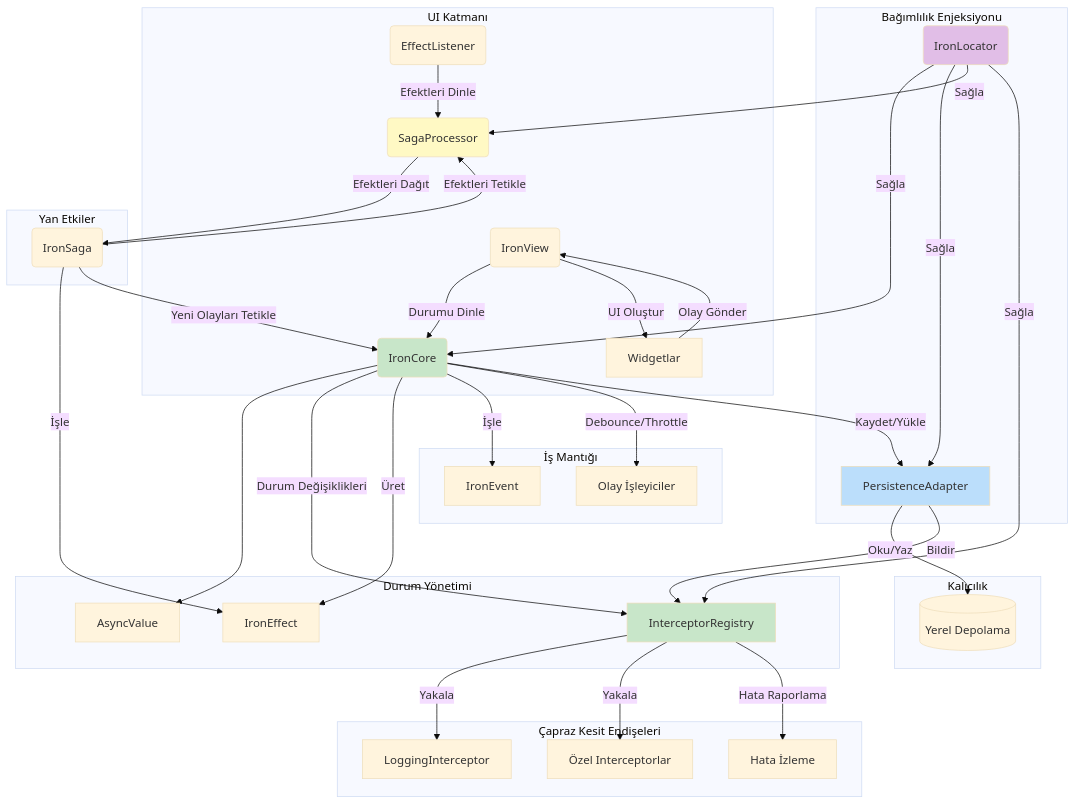
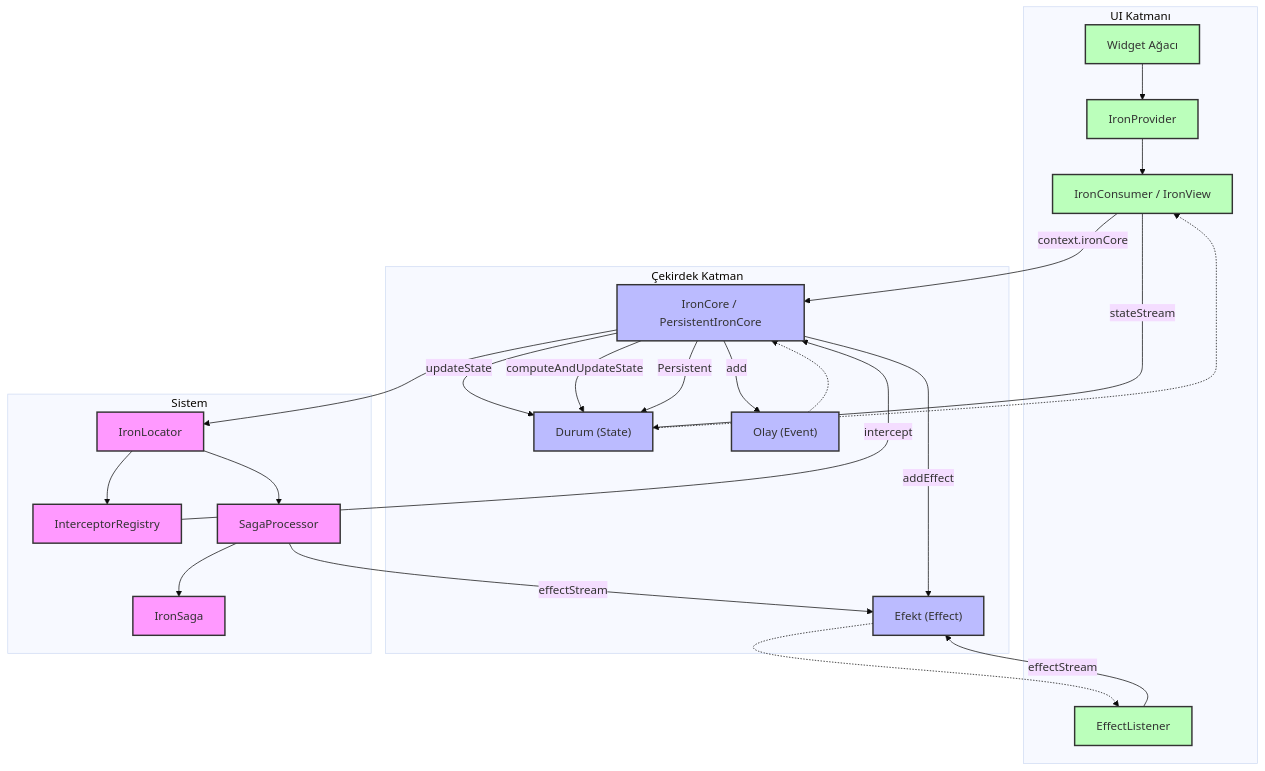
One commit to endmr11/system_design changed the diagram in mobile/iron-architecture.md. Above: the diagram before and after it, drawn with Mermaid (base theme). The commit also changed other lines of this file and 1 other file, not shown here.

Commit message:
Add architecture diagrams to Iron documentation (EN/TR)

````diff
--- a/mobile/iron-architecture.md
+++ b/mobile/iron-architecture.md
@@ -332,59 +205,58 @@
 ```mermaid
-flowchart TD
- subgraph subGraph0["UI Katmanı"]
-        B("IronView")
-        A["Widgetlar"]
-        H("IronCore")
-        J("SagaProcessor")
-        I("EffectListener")
+graph TD
+  subgraph UI["UI Katmanı"]
+    A["Widget Ağacı"]
+    B["IronProvider"]
+    C["IronConsumer / IronView"]
+    D["EffectListener"]
   end
- subgraph subGraph1["Durum Yönetimi"]
-        C["AsyncValue"]
-        D["InterceptorRegistry"]
-        E["IronEffect"]
+
+  subgraph Çekirdek["Çekirdek Katman"]
+    E["IronCore / PersistentIronCore"]
+    F["Durum (State)"]
+    G["Olay (Event)"]
+    H["Efekt (Effect)"]
   end
- subgraph subGraph2["İş Mantığı"]
-        F["IronEvent"]
-        G["Olay İşleyiciler"]
+
+  subgraph Sistem["Sistem"]
+    I["IronLocator"]
+    J["InterceptorRegistry"]
+    K["SagaProcessor"]
+    L["IronSaga"]
   end
- subgraph subGraph3["Bağımlılık Enjeksiyonu"]
-        K("IronLocator")
-        L["PersistenceAdapter"]
-  end
- subgraph subGraph4["Yan Etkiler"]
-        M("IronSaga")
-  end
- subgraph Persistence["Kalıcılık"]
-        N[("Yerel Depolama")]
-  end
- subgraph subGraph6["Çapraz Kesit Endişeleri"]
-        O["LoggingInterceptor"]
-        P["Özel Interceptorlar"]
-        Q["Hata İzleme"]
-  end
-    A -- Olay Gönder --> B
-    B -- Durumu Dinle --> H
-    I -- Efektleri Dinle --> J
-    B -- UI Oluştur --> A
-    H --> C
-    H -- Durum Değişiklikleri --> D
-    H -- Üret --> E
-    H -- İşle --> F
-    H -- Debounce/Throttle --> G
-    K -- Sağla --> H & L & J & D
-    J -- Efektleri Dağıt --> M
-    M -- İşle --> E
-    M -- Yeni Olayları Tetikle --> H
-    M -- Efektleri Tetikle --> J
-    H -- Kaydet/Yükle --> L
-    L -- Oku/Yaz --> N
-    L -- Bildir --> D
-    D -- Yakala --> O & P
-    D -- Hata Raporlama --> Q
 
-    style H fill:#C8E6C9
-    style J fill:#FFF9C4
-    style D fill:#C8E6C9
-    style K fill:#E1BEE7
-    style L fill:#BBDEFB
+  %% UI Katmanı
+  A --> B
+  B --> C
+  C -->|context.ironCore| E
+  C -->|stateStream| F
+  D -->|effectStream| H
+
+  %% Çekirdek Katman
+  E -->|updateState| F
+  E -->|add| G
+  E -->|addEffect| H
+  E -->|computeAndUpdateState| F
+  E -->|Persistent| F
+
+  %% Sistem Katmanı
+  E --> I
+  I --> J
+  I --> K
+  K --> L
+  J -->|intercept| E
+  K -->|effectStream| H
+
+  %% Etkileşimler
+  G -.-> E
+  H -.-> D
+  F -.-> C
+
+  %% Notlar
+  classDef system fill:#f9f,stroke:#333,stroke-width:2px;
+  classDef core fill:#bbf,stroke:#333,stroke-width:2px;
+  classDef ui fill:#bfb,stroke:#333,stroke-width:2px;
+  class I,J,K,L system;
+  class E,F,G,H core;
+  class A,B,C,D ui;
 ```
````
